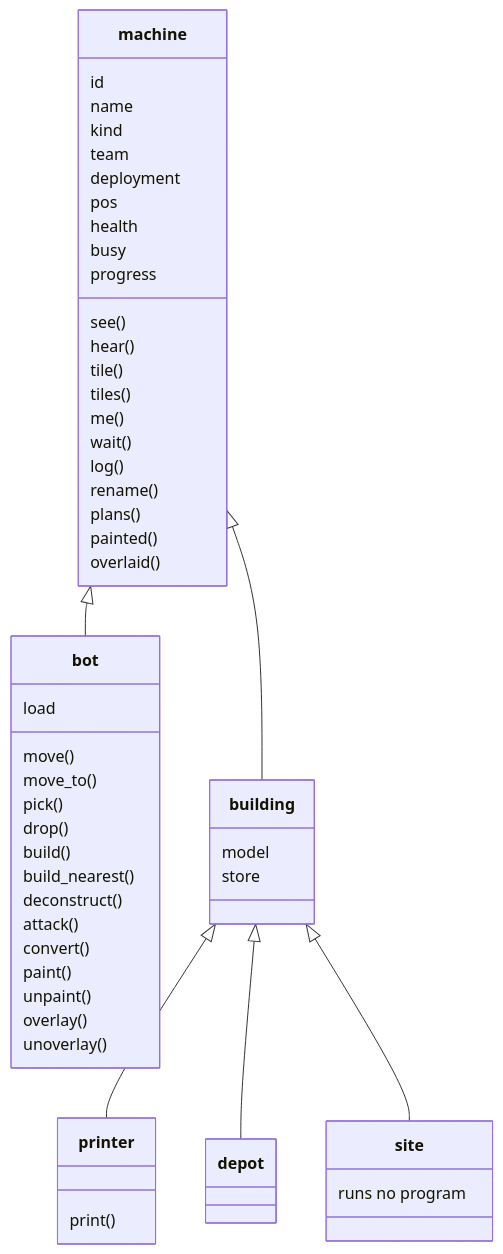
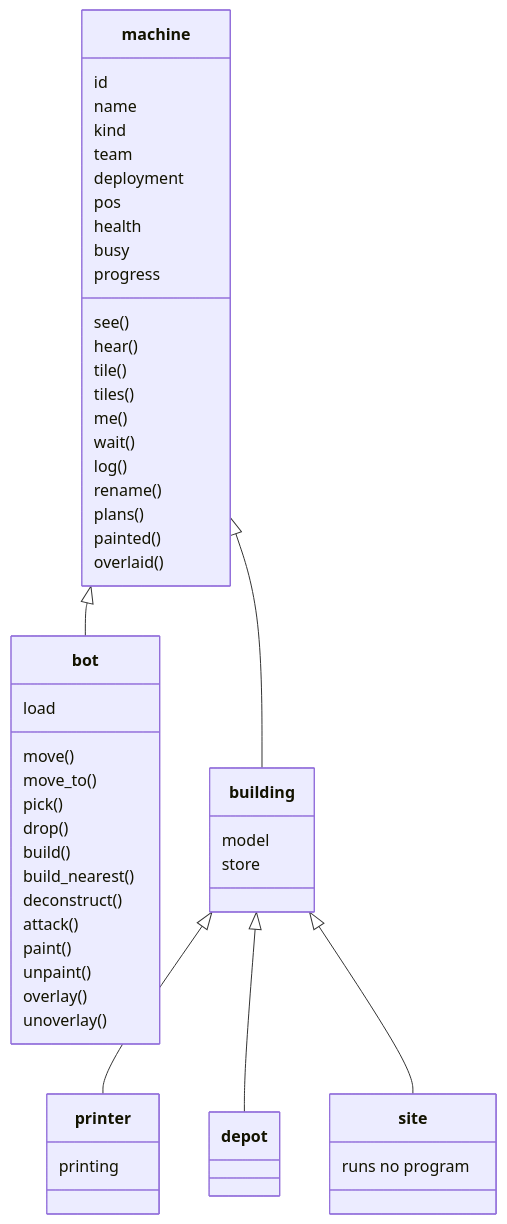
One commit to mmmtastymmm/programming-game-planned-2 changed the diagram in docs/02-machines.md. Above: the diagram before and after it, drawn with Mermaid. The commit also changed other lines of this file and 10 other files, not shown here.

````diff
--- a/docs/02-machines.md
+++ b/docs/02-machines.md
@@ -174,57 +164,56 @@
 ```mermaid
 classDiagram
   class machine {
     id
     name
     kind
     team
     deployment
     pos
     health
     busy
     progress
     see()
     hear()
     tile()
     tiles()
     me()
     wait()
     log()
     rename()
     plans()
     painted()
     overlaid()
   }
   class bot {
     load
     move()
     move_to()
     pick()
     drop()
     build()
     build_nearest()
     deconstruct()
     attack()
-    convert()
     paint()
     unpaint()
     overlay()
     unoverlay()
   }
   class building {
     model
     store
   }
   class printer {
-    print()
+    printing
   }
   class depot
   class site {
     runs no program
   }
   machine <|-- bot
   machine <|-- building
   building <|-- printer
   building <|-- depot
   building <|-- site
 ```
````
